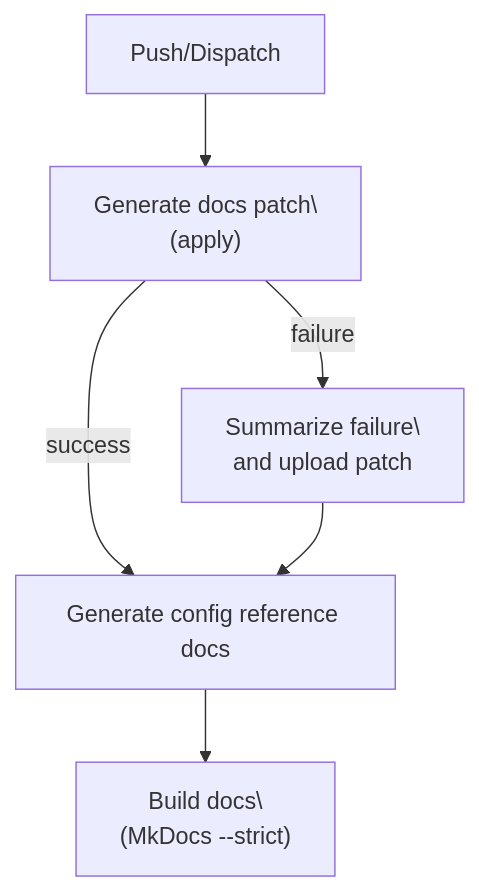
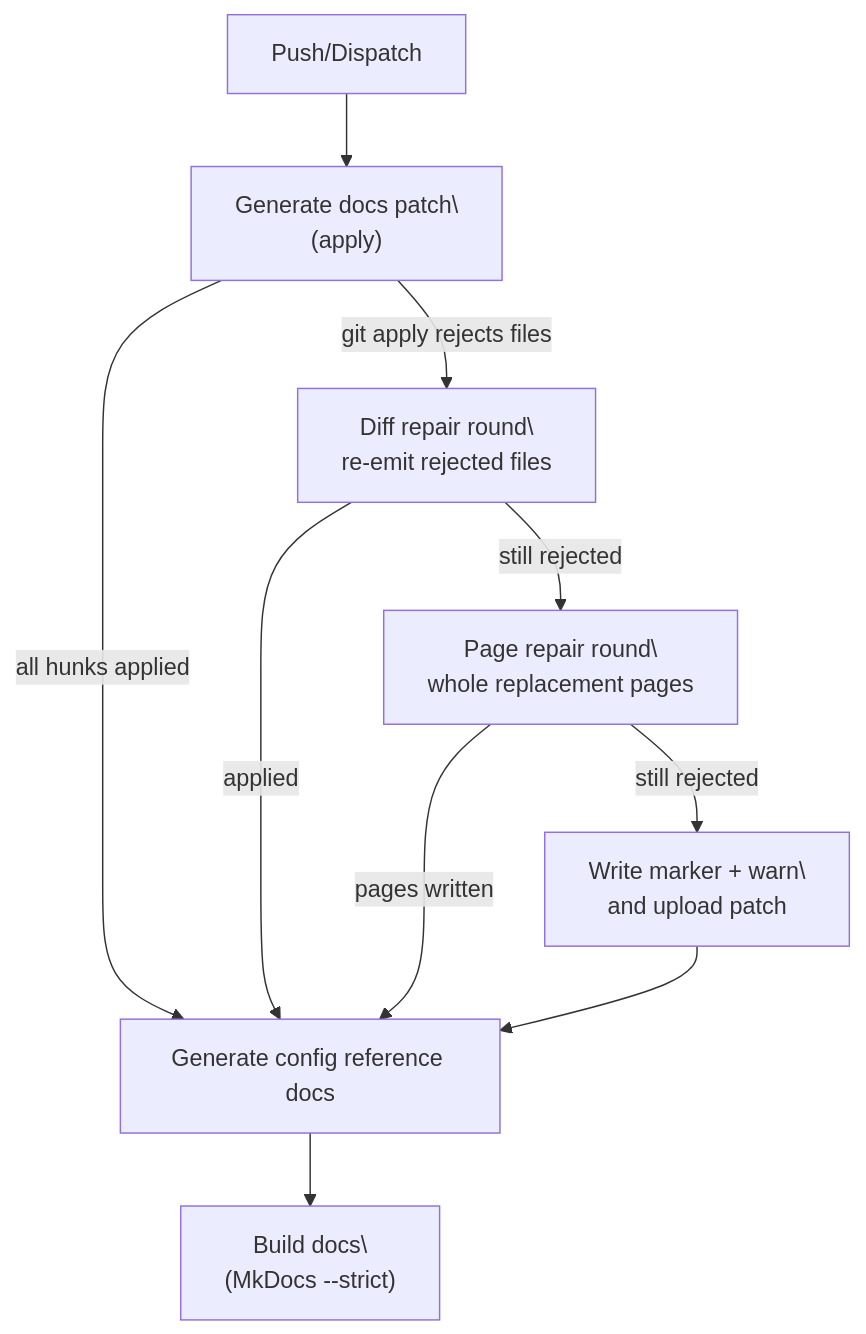
The diagram in mkdocs/docs/dev/docs-autopilot-workflow.md (DMontgomery40/ragweld), drawn with Mermaid before and after one commit. The commit also changed other lines of this file and 2 other files, not shown here.

````diff
--- a/mkdocs/docs/dev/docs-autopilot-workflow.md
+++ b/mkdocs/docs/dev/docs-autopilot-workflow.md
@@ -60,8 +69,12 @@
 ```mermaid
 flowchart TB
   A["Push/Dispatch"] --> B["Generate docs patch\\n(apply)"]
-  B -->|success| D["Generate config reference docs"]
-  B -->|failure| C["Summarize failure\\nand upload patch"]
+  B -->|"all hunks applied"| D["Generate config reference docs"]
+  B -->|"git apply rejects files"| R1["Diff repair round\\nre-emit rejected files"]
+  R1 -->|"applied"| D
+  R1 -->|"still rejected"| R2["Page repair round\\nwhole replacement pages"]
+  R2 -->|"pages written"| D
+  R2 -->|"still rejected"| C["Write marker + warn\\nand upload patch"]
   C --> D
   D --> E["Build docs\\n(MkDocs --strict)"]
 ```
````
